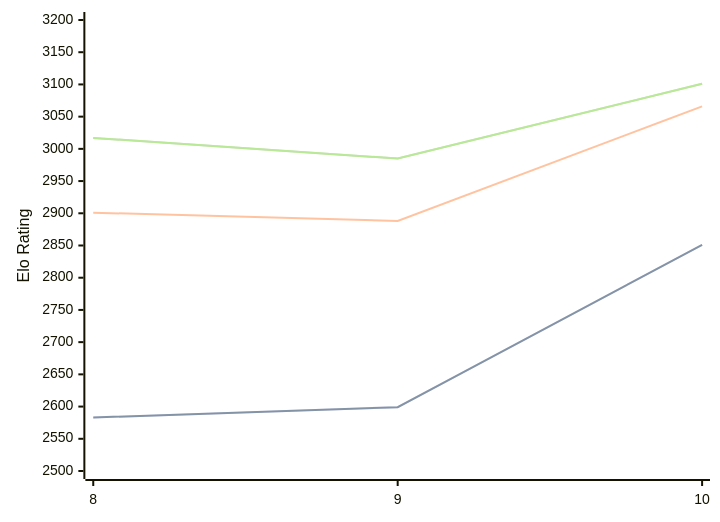
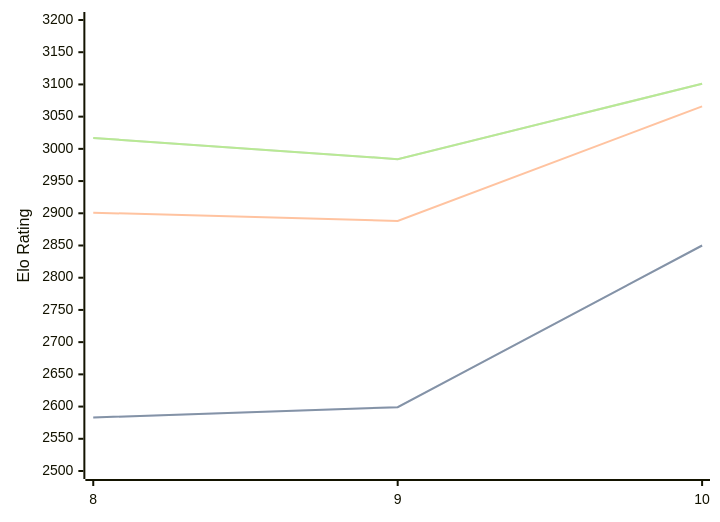
Before and after one commit to computer-chess-index/cci: the diagram in engines/Lozza.md, drawn with Mermaid. The commit also changed other lines of this file, not shown here.

Commit message:
Update CCI Ratings (ELO VLTC) - 2026-06-09

````diff
--- a/engines/Lozza.md
+++ b/engines/Lozza.md
@@ -41,11 +41,11 @@
 ```mermaid
 %%{init: {"theme":"base","themeVariables":{"seriesColors:['#a3a3a3','#222221','#faa371']}}}%%
 xychart-beta
   x-axis ["8", "9", "10"]
   y-axis "Elo Rating" 2500 --> 3200
-  line "STC (8.0+0.08s)" [2583, 2599, 2851]
-  line "STC (8.0+0.08s)" [2583, 2599, 2851]
+  line "STC (8.0+0.08s)" [2583, 2599, 2850]
+  line "STC (8.0+0.08s)" [2583, 2599, 2850]
   line "LTC (60.0+0.60s)" [2901, 2888, 3066]
-  line "VLTC (2m24s+1.12s)" [3017, 2985, 3101]
-  line "VLTC (2m24s+1.12s)" [3017, 2985, 3101]
+  line "VLTC (2m24s+1.12s)" [3017, 2984, 3101]
+  line "VLTC (2m24s+1.12s)" [3017, 2984, 3101]
 ```
````
